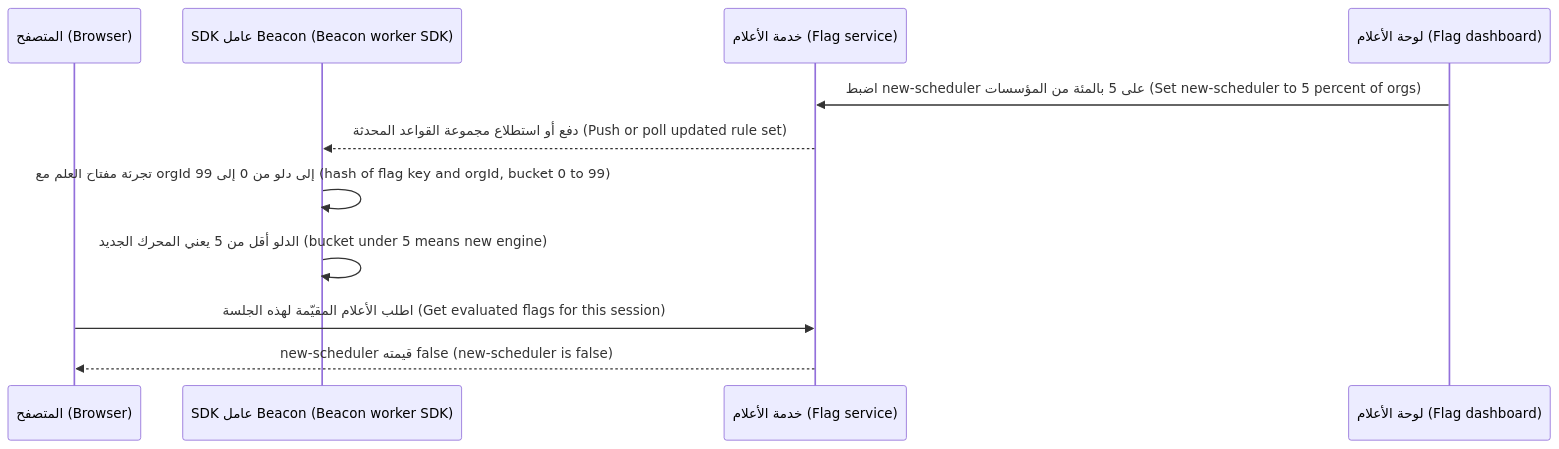
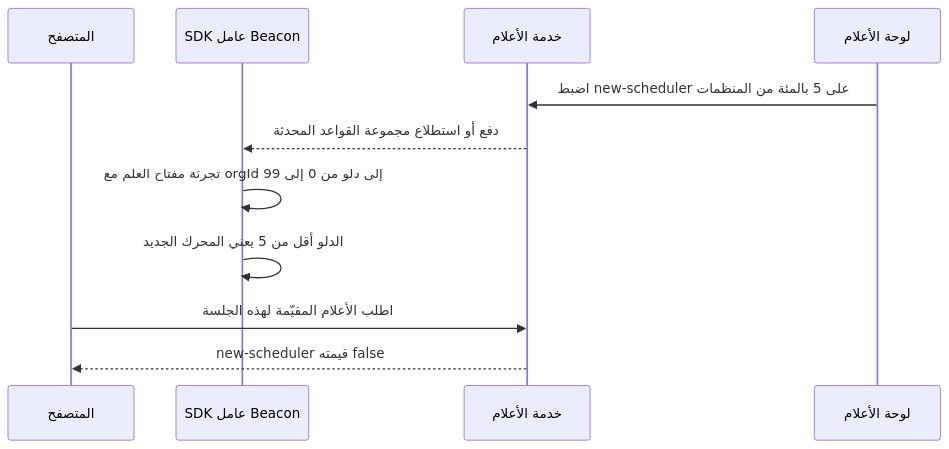
One commit to Tamoura/system-design-for-vibe-coders changed the third of 3 diagrams in saas/modules/06-product-growth.ar.md. Above: the diagram before and after it, drawn with Mermaid. The commit also changed other lines of this file and 551 other files, not shown here.

````diff
--- a/saas/modules/06-product-growth.ar.md
+++ b/saas/modules/06-product-growth.ar.md
@@ -595,13 +595,13 @@
 ```mermaid
 sequenceDiagram
-    participant B as المتصفح (Browser)
-    participant W as SDK عامل Beacon (Beacon worker SDK)
-    participant FS as خدمة الأعلام (Flag service)
-    participant UI as لوحة الأعلام (Flag dashboard)
-  UI->>FS: اضبط new-scheduler على 5 بالمئة من المؤسسات (Set new-scheduler to 5 percent of orgs)
-  FS-->>W: دفع أو استطلاع مجموعة القواعد المحدثة (Push or poll updated rule set)
-  W->>W: تجزئة مفتاح العلم مع orgId إلى دلو من 0 إلى 99 (hash of flag key and orgId, bucket 0 to 99)
-  W->>W: الدلو أقل من 5 يعني المحرك الجديد (bucket under 5 means new engine)
-  B->>FS: اطلب الأعلام المقيّمة لهذه الجلسة (Get evaluated flags for this session)
-  FS-->>B: new-scheduler قيمته false (new-scheduler is false)
+    participant B as المتصفح
+    participant W as SDK عامل Beacon
+    participant FS as خدمة الأعلام
+    participant UI as لوحة الأعلام
+  UI->>FS: اضبط new-scheduler على 5 بالمئة من المنظمات
+  FS-->>W: دفع أو استطلاع مجموعة القواعد المحدثة
+  W->>W: تجزئة مفتاح العلم مع orgId إلى دلو من 0 إلى 99
+  W->>W: الدلو أقل من 5 يعني المحرك الجديد
+  B->>FS: اطلب الأعلام المقيّمة لهذه الجلسة
+  FS-->>B: new-scheduler قيمته false
 ```
````
